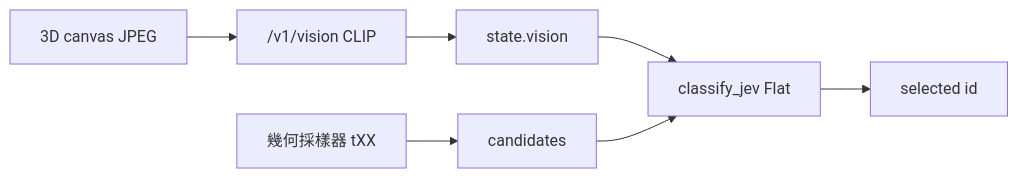
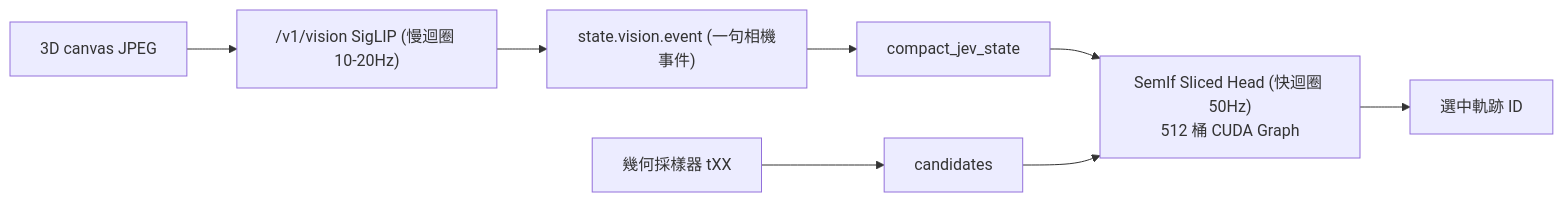
The diagram in docs/tutorials/12_jevpilot_vision.md (EndeavorYen/SemArbiter), drawn with Mermaid before and after one commit. The commit also changed other lines of this file and 22 other files, not shown here.

First line of the commit message:
JevPilot dual-rate vision, frame events, #101 tags (#104)

````diff
--- a/docs/tutorials/12_jevpilot_vision.md
+++ b/docs/tutorials/12_jevpilot_vision.md
@@ -37,9 +39,10 @@
 ```mermaid
 flowchart LR
-    Canvas["3D canvas JPEG"] --> Vision["/v1/vision CLIP"]
-    Vision --> Evidence["state.vision"]
+    Canvas["3D canvas JPEG"] --> Vision["/v1/vision SigLIP (慢迴圈 10-20Hz)"]
+    Vision --> Evidence["state.vision.event (一句相機事件)"]
     Sampler["幾何採樣器 tXX"] --> Cands["candidates"]
-    Evidence --> SemIf
-    Cands --> SemIf["classify_jev Flat"]
-    SemIf --> Pick["selected id"]
+    Evidence --> State["compact_jev_state"]
+    State --> SemIf["SemIf Sliced Head (快迴圈 50Hz)<br/>512 桶 CUDA Graph"]
+    Cands --> SemIf
+    SemIf --> Pick["選中軌跡 ID"]
 ```
````
